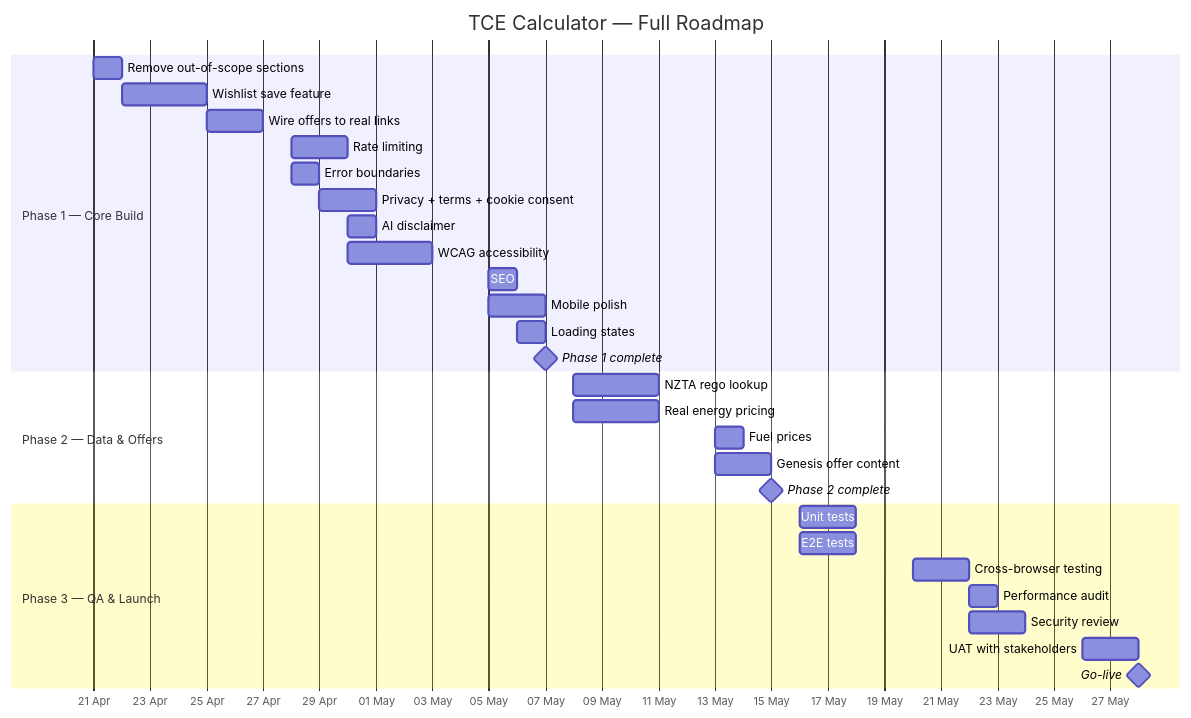
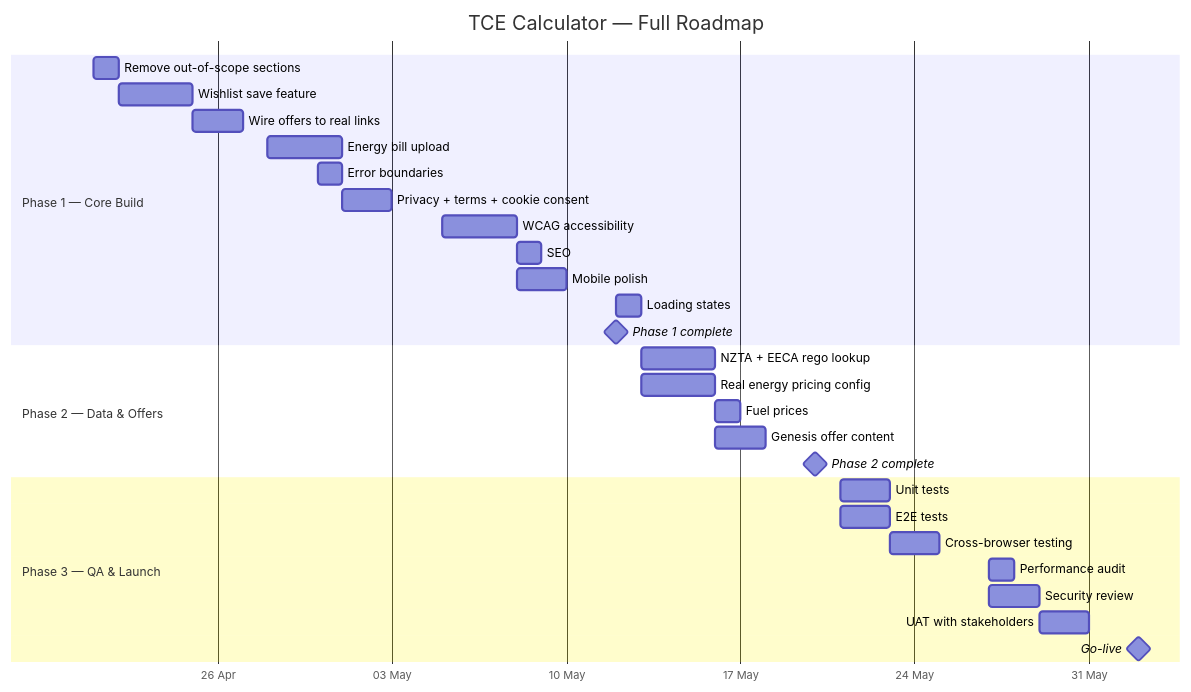
Before and after one commit to qcatch/ge-cogo: the third of 3 diagrams in docs/tce-calculator-scope-estimate.md, drawn with Mermaid. The commit also changed other lines of this file and 1 other file, not shown here.

First line of the commit message:
docs: Update scope per BHL — AI chat out, bill upload in, add cost breakdown

````diff
--- a/docs/tce-calculator-scope-estimate.md
+++ b/docs/tce-calculator-scope-estimate.md
@@ -652,36 +653,35 @@
 ```mermaid
 gantt
     title TCE Calculator — Full Roadmap
     dateFormat YYYY-MM-DD
     axisFormat %d %b
 
     section Phase 1 — Core Build
     Remove out-of-scope sections            :p1a, 2026-04-21, 1d
     Wishlist save feature                   :p1b, 2026-04-22, 3d
     Wire offers to real links               :p1c, 2026-04-25, 2d
-    Rate limiting                           :p1d, 2026-04-28, 2d
-    Error boundaries                        :p1e, 2026-04-28, 1d
-    Privacy + terms + cookie consent        :p1f, 2026-04-29, 2d
-    AI disclaimer                           :p1g, 2026-04-30, 0.5d
-    WCAG accessibility                      :p1h, 2026-04-30, 3d
-    SEO                                     :p1i, 2026-05-05, 1d
-    Mobile polish                           :p1j, 2026-05-05, 2d
-    Loading states                          :p1k, 2026-05-06, 0.5d
-    Phase 1 complete                        :milestone, m1, 2026-05-07, 0d
+    Energy bill upload                      :p1d, 2026-04-28, 3d
+    Error boundaries                        :p1e, 2026-04-30, 1d
+    Privacy + terms + cookie consent        :p1f, 2026-05-01, 2d
+    WCAG accessibility                      :p1g, 2026-05-05, 3d
+    SEO                                     :p1h, 2026-05-08, 1d
+    Mobile polish                           :p1i, 2026-05-08, 2d
+    Loading states                          :p1j, 2026-05-12, 0.5d
+    Phase 1 complete                        :milestone, m1, 2026-05-12, 0d
 
     section Phase 2 — Data & Offers
-    NZTA rego lookup                        :p2a, 2026-05-08, 3d
-    Real energy pricing                     :p2b, 2026-05-08, 3d
-    Fuel prices                             :p2c, 2026-05-13, 1d
-    Genesis offer content                   :p2d, 2026-05-13, 2d
-    Phase 2 complete                        :milestone, m2, 2026-05-15, 0d
+    NZTA + EECA rego lookup                 :p2a, 2026-05-13, 3d
+    Real energy pricing config              :p2b, 2026-05-13, 3d
+    Fuel prices                             :p2c, 2026-05-16, 1d
+    Genesis offer content                   :p2d, 2026-05-16, 2d
+    Phase 2 complete                        :milestone, m2, 2026-05-20, 0d
 
     section Phase 3 — QA & Launch
-    Unit tests                              :p3a, 2026-05-16, 2d
-    E2E tests                               :p3b, 2026-05-16, 2d
-    Cross-browser testing                   :p3c, 2026-05-20, 2d
-    Performance audit                       :p3d, 2026-05-22, 1d
-    Security review                         :p3e, 2026-05-22, 2d
-    UAT with stakeholders                   :p3f, 2026-05-26, 2d
-    Go-live                                 :milestone, launch, 2026-05-28, 0d
+    Unit tests                              :p3a, 2026-05-21, 2d
+    E2E tests                               :p3b, 2026-05-21, 2d
+    Cross-browser testing                   :p3c, 2026-05-23, 2d
+    Performance audit                       :p3d, 2026-05-27, 1d
+    Security review                         :p3e, 2026-05-27, 2d
+    UAT with stakeholders                   :p3f, 2026-05-29, 2d
+    Go-live                                 :milestone, launch, 2026-06-02, 0d
 ```
````
